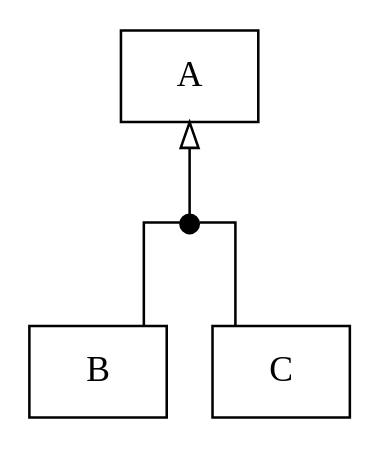
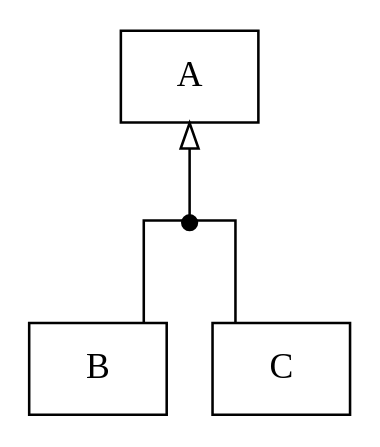
One commit to alek3y/cs changed diagram 12 of 17 in src/ct0006-1/README.md. Above: the diagram before and after it, drawn with Graphviz. The commit also changed other lines of this file, not shown here.

````diff
--- a/src/ct0006-1/README.md
+++ b/src/ct0006-1/README.md
@@ -202,18 +202,18 @@
 	```dot process
 	digraph {
 		rankdir=BT
 		splines=ortho
 		node [shape=record]
 		edge [dir=none]
 
 		subgraph {
 			rank=same
 			B
 			C
 		}
 
-		0 [shape=point width=0.1]
+		0 [shape=point width=0.08]
 		0 -> A [dir=forward arrowhead=onormal]
 		B, C -> 0
 	}
 	```
````
